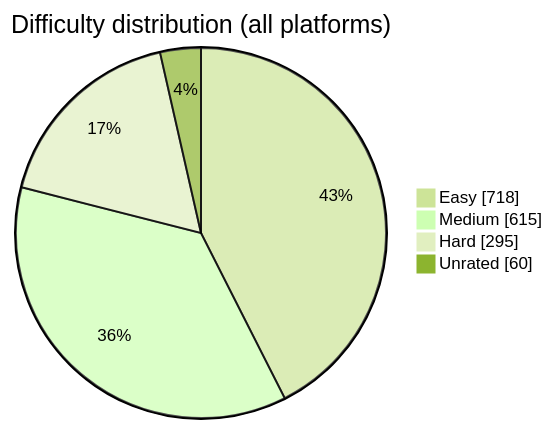
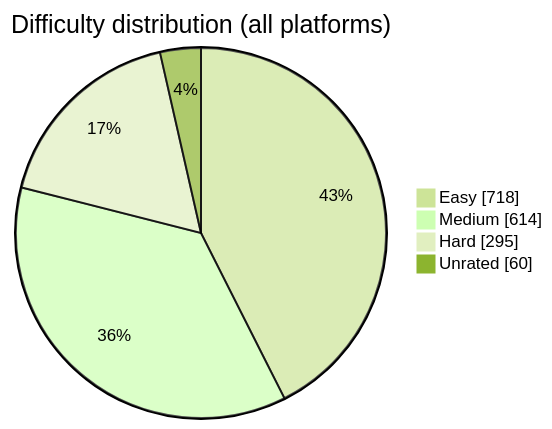
Before and after one commit to BuildbyArindam/Daily-Coding-Log: the diagram in README.md, drawn with Mermaid (forest theme). The commit also changed other lines of this file, not shown here.

````diff
--- a/README.md
+++ b/README.md
@@ -93,7 +93,7 @@
 ```mermaid
 pie showData title Difficulty distribution (all platforms)
     "Easy" : 718
-    "Medium" : 615
+    "Medium" : 614
     "Hard" : 295
     "Unrated" : 60
 ```
````
